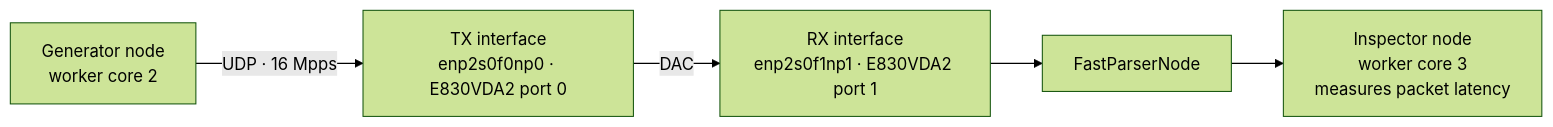
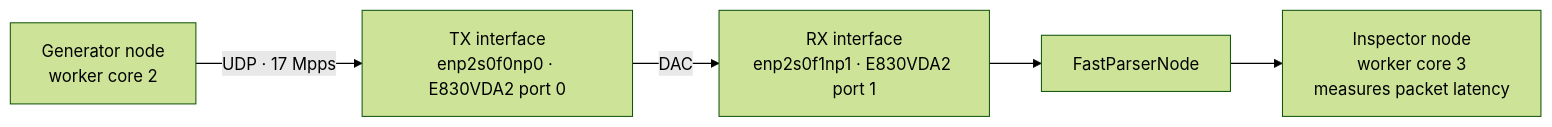
Before and after one commit to ninegamma/wabrix: the diagram in README.md, drawn with Mermaid (forest theme). The commit also changed other lines of this file and 6 other files, not shown here.

````diff
--- a/README.md
+++ b/README.md
@@ -30,12 +33,12 @@
 ```mermaid
 flowchart LR
   gen["Generator node<br/>worker core 2"]
   tx["TX interface<br/>enp2s0f0np0 · E830VDA2 port 0"]
   rx["RX interface<br/>enp2s0f1np1 · E830VDA2 port 1"]
   parser["FastParserNode"]
   inspect["Inspector node<br/>worker core 3<br/>measures packet latency"]
 
-  gen -->|"UDP · 16 Mpps"| tx
+  gen -->|"UDP · 17 Mpps"| tx
   tx -->|"DAC"| rx
   rx --> parser --> inspect
 ```
````
